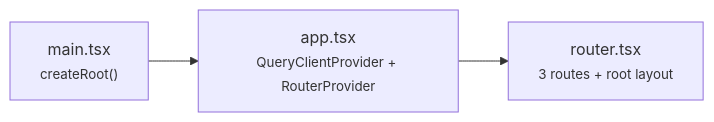
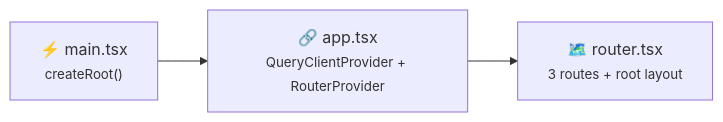
One commit to muchiny/wsl-dashboard changed the third of 3 diagrams in src/README.md. Above: the diagram before and after it, drawn with Mermaid. The commit also changed other lines of this file and 14 other files, not shown here.

First line of the commit message:
chore: bump version to 1.0.1, enrich READMEs with emojis and mermaid diagrams

````diff
--- a/src/README.md
+++ b/src/README.md
@@ -269,8 +269,8 @@
 ```mermaid
 graph LR
-    M["main.tsx<br/><small>createRoot()</small>"]
-    A["app.tsx<br/><small>QueryClientProvider + RouterProvider</small>"]
-    R["router.tsx<br/><small>3 routes + root layout</small>"]
+    M["⚡ main.tsx<br/><small>createRoot()</small>"]
+    A["🔗 app.tsx<br/><small>QueryClientProvider + RouterProvider</small>"]
+    R["🗺️ router.tsx<br/><small>3 routes + root layout</small>"]
 
     M --> A --> R
 ```
````
